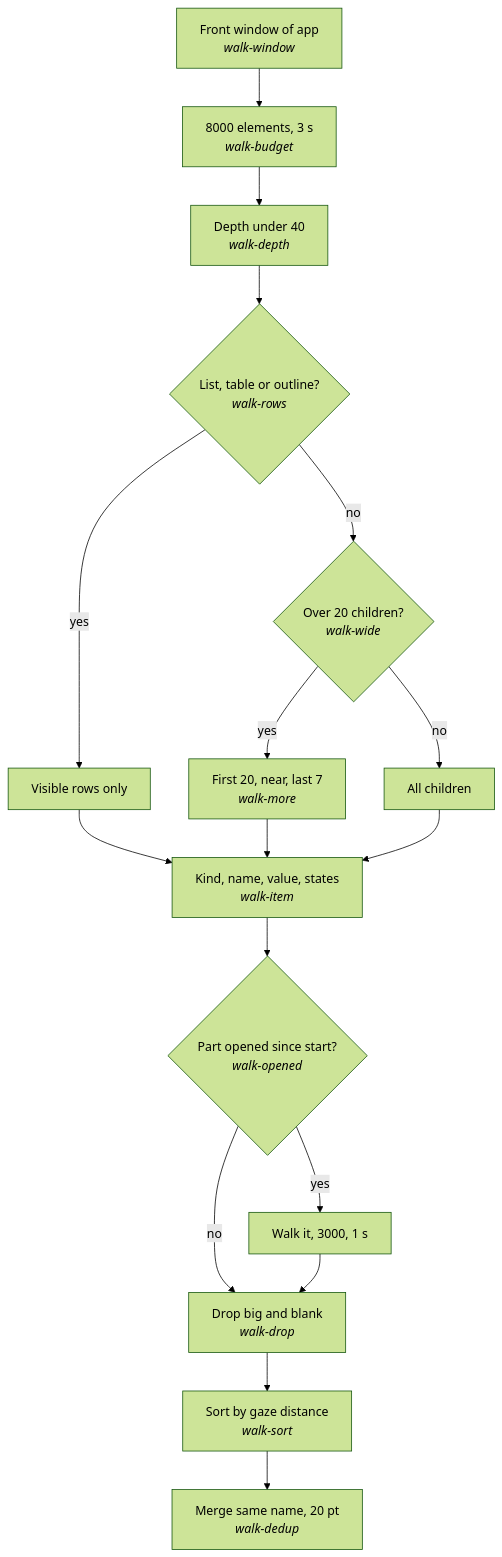
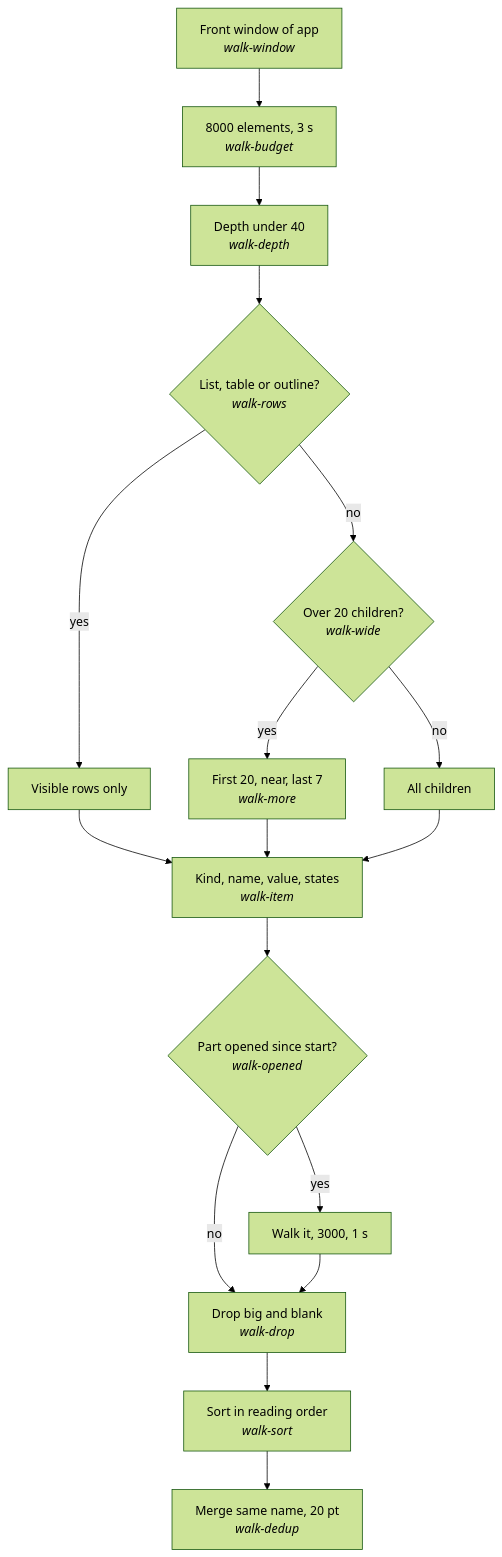
Before and after one commit to znat/parrotflow: the second of 16 diagrams in docs/actions-trees.md, drawn with Mermaid (forest theme). The commit also changed other lines of this file and 32 other files, not shown here.

````diff
--- a/docs/actions-trees.md
+++ b/docs/actions-trees.md
@@ -37,21 +37,21 @@
 ```mermaid
 flowchart TD
   classDef prompt stroke-dasharray: 5 5
   classDef user stroke-width:3px
   W0["Front window of app<br/><i>walk-window</i>"] --> W1["8000 elements, 3 s<br/><i>walk-budget</i>"]
   W1 --> W2["Depth under 40<br/><i>walk-depth</i>"]
   W2 --> Q1{"List, table or outline?<br/><i>walk-rows</i>"}
   Q1 -->|yes| W3["Visible rows only"]
   Q1 -->|no| Q2{"Over 20 children?<br/><i>walk-wide</i>"}
   Q2 -->|yes| W4["First 20, near, last 7<br/><i>walk-more</i>"]
   Q2 -->|no| W5["All children"]
   W3 --> W6["Kind, name, value, states<br/><i>walk-item</i>"]
   W4 --> W6
   W5 --> W6
   W6 --> Q3{"Part opened since start?<br/><i>walk-opened</i>"}
   Q3 -->|yes| W7["Walk it, 3000, 1 s"]
   Q3 -->|no| W8
   W7 --> W8["Drop big and blank<br/><i>walk-drop</i>"]
-  W8 --> W9["Sort by gaze distance<br/><i>walk-sort</i>"]
+  W8 --> W9["Sort in reading order<br/><i>walk-sort</i>"]
   W9 --> W10["Merge same name, 20 pt<br/><i>walk-dedup</i>"]
 ```
````
